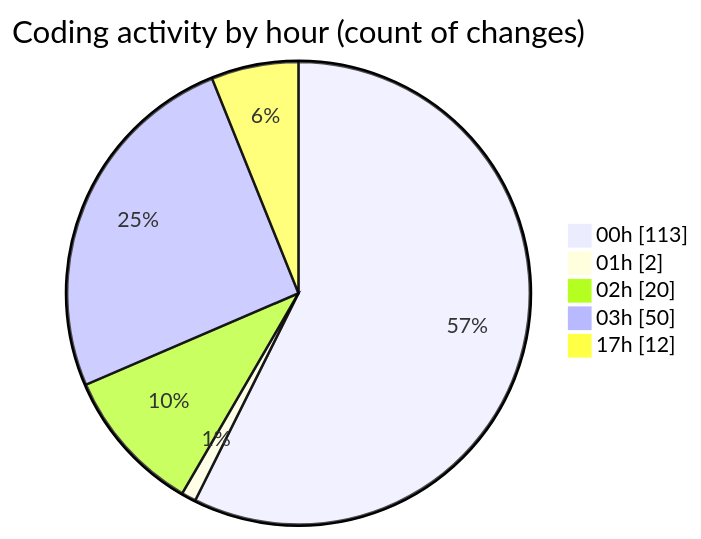
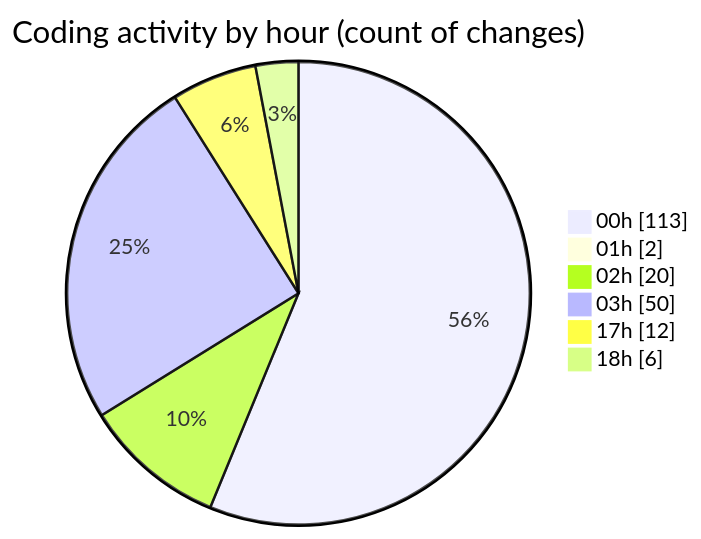
Before and after one commit to lephambinh05/code-tracking: the second of 2 diagrams in 2025-08-06/napxuvn/README.md, drawn with Mermaid. The commit also changed other lines of this file and 1 other file, not shown here.

````diff
--- a/2025-08-06/napxuvn/README.md
+++ b/2025-08-06/napxuvn/README.md
@@ -128,9 +130,10 @@
 ```mermaid
 pie showData
 title Coding activity by hour (count of changes)
 "00h" : 113
 "01h" : 2
 "02h" : 20
 "03h" : 50
 "17h" : 12
+"18h" : 6
 ```
````
